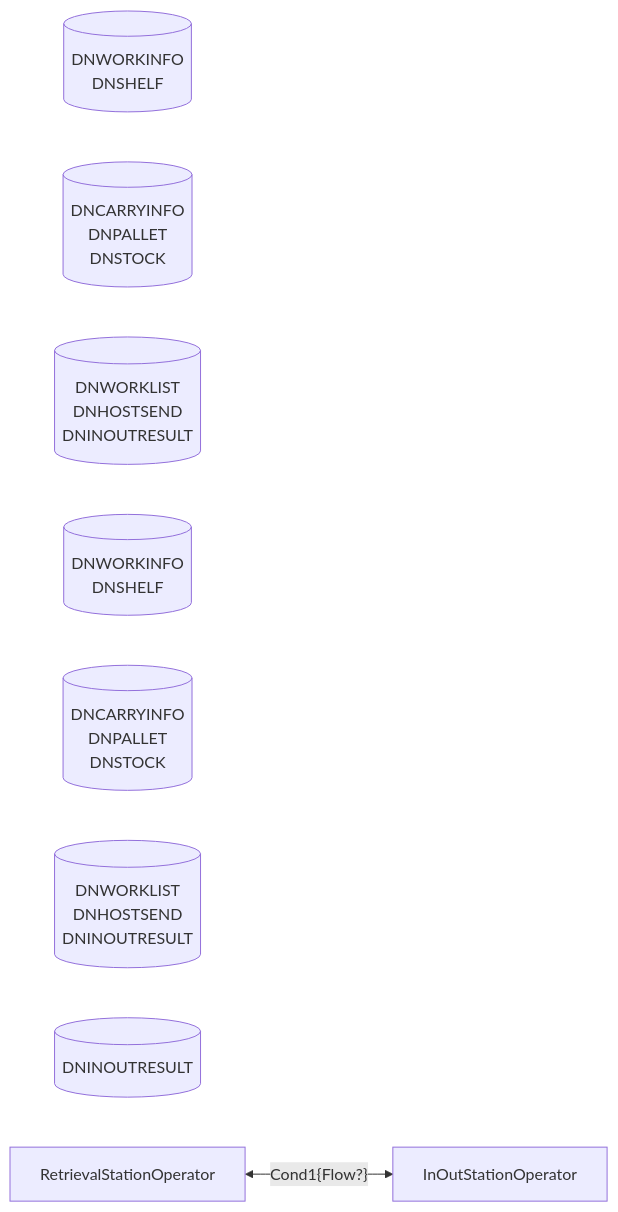
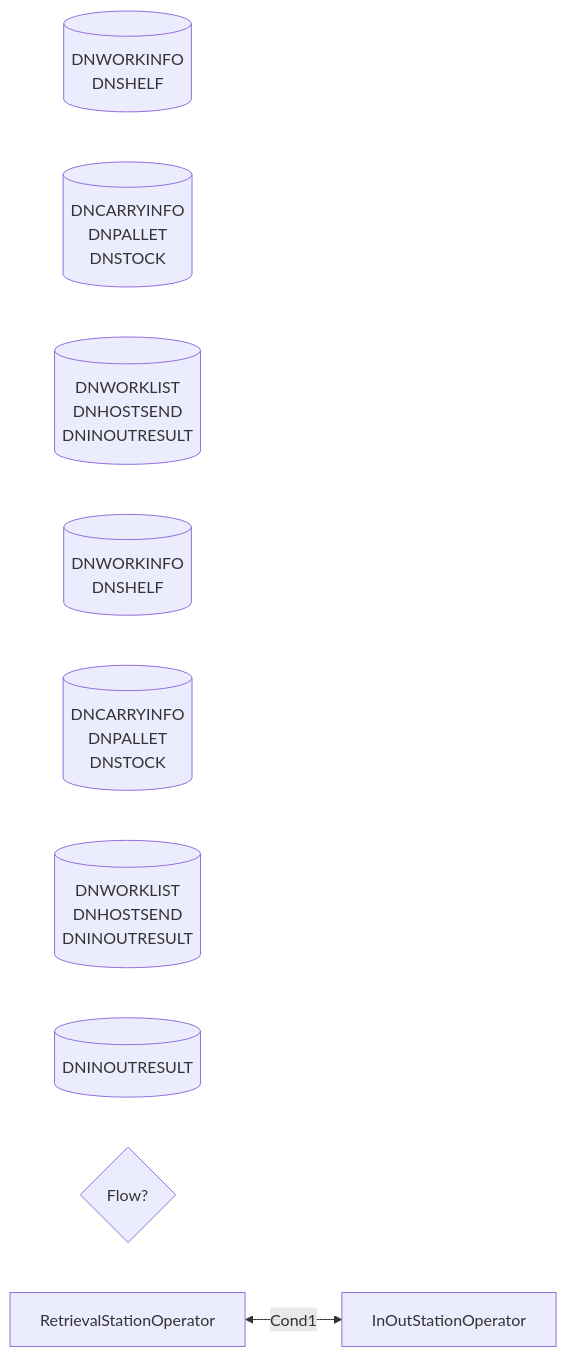
Diagram 20 of 20 in Basic-Design/DFD-WMS/Retrieval/Specific-Location-Retrieval-Setting.md (luthfiadityaa/SimeDarby-Wiki), drawn with Mermaid before and after one commit.

Commit message:
Updated Specific Location Retrieval Setting

```diff
--- a/Basic-Design/DFD-WMS/Retrieval/Specific-Location-Retrieval-Setting.md
+++ b/Basic-Design/DFD-WMS/Retrieval/Specific-Location-Retrieval-Setting.md
@@ -853,44 +853,45 @@
 ::: mermaid
 flowchart LR
 
 id26-update[("
 DNWORKINFO
 DNSHELF
 ")]
 
 id26-delete[("
 DNCARRYINFO
 DNPALLET
 DNSTOCK
 ")]
 
 id26-insert[("
 DNWORKLIST
 DNHOSTSEND
 DNINOUTRESULT
 ")]
 
 id26-update2[("
 DNWORKINFO
 DNSHELF
 ")]
 
 id26-delete2[("
 DNCARRYINFO
 DNPALLET
 DNSTOCK
 ")]
 
 id26-insert3[("
 DNWORKLIST
 DNHOSTSEND
 DNINOUTRESULT
 ")]
 
 id26-insert2[("
 DNINOUTRESULT
 ")]
 
-RetrievalStationOperator <-- Cond1{Flow?} --> InOutStationOperator 
+Cond1{Flow?}
+RetrievalStationOperator <-- Cond1 --> InOutStationOperator 
 
 :::
```
